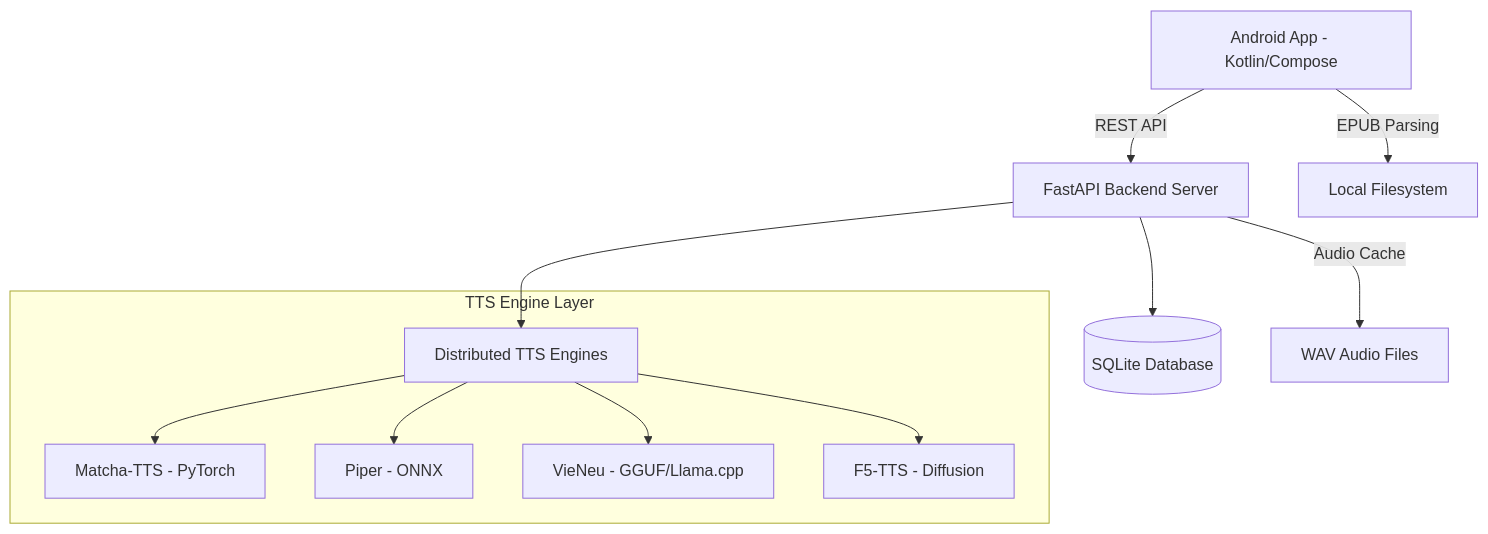
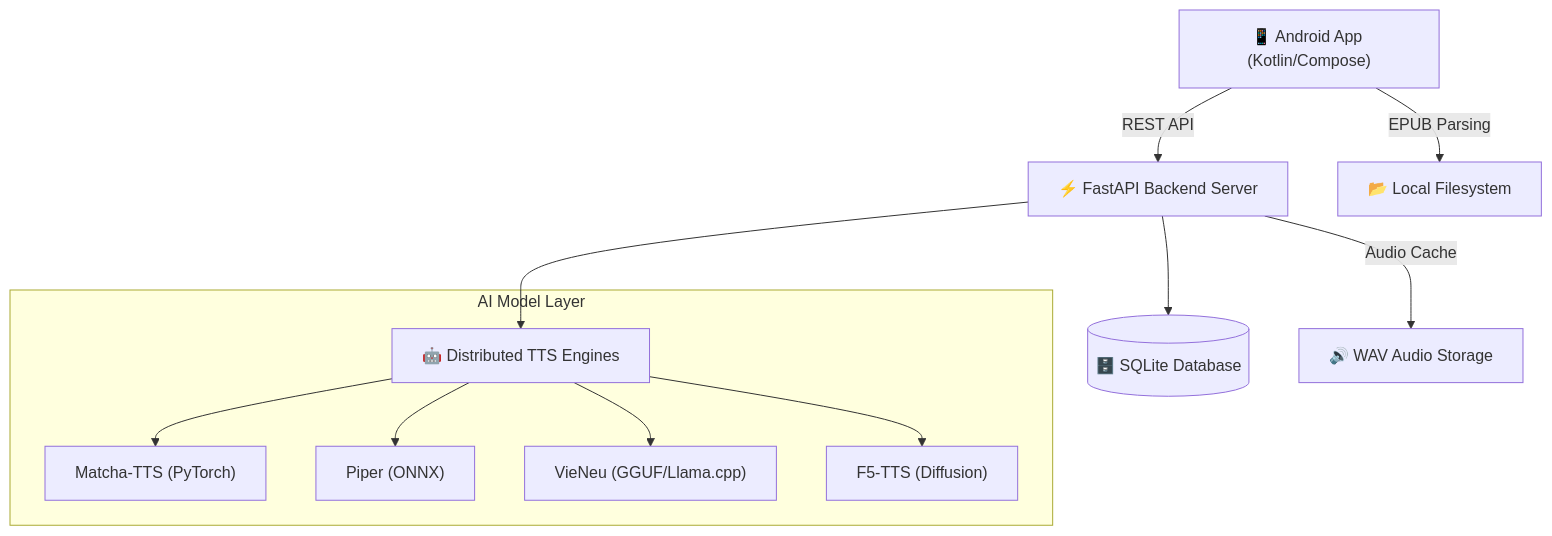
Before and after one commit to congkx123789/app_TTS_android-: the diagram in README.md, drawn with Mermaid. The commit also changed other lines of this file and 7 other files, not shown here.

````diff
--- a/README.md
+++ b/README.md
@@ -33,16 +38,16 @@
 ```mermaid
 graph TD
-    A[Android App - Kotlin/Compose] -->|REST API| B[FastAPI Backend Server]
-    B --> C[(SQLite Database)]
-    B --> D[Distributed TTS Engines]
+    A["📱 Android App (Kotlin/Compose)"] -->|REST API| B["⚡ FastAPI Backend Server"]
+    B --> C[("🗄️ SQLite Database")]
+    B --> D["🤖 Distributed TTS Engines"]
     
-    subgraph "TTS Engine Layer"
-        D --> D1[Matcha-TTS - PyTorch]
-        D --> D2[Piper - ONNX]
-        D --> D3[VieNeu - GGUF/Llama.cpp]
-        D --> D4[F5-TTS - Diffusion]
+    subgraph "AI Model Layer"
+        D --> D1["Matcha-TTS (PyTorch)"]
+        D --> D2["Piper (ONNX)"]
+        D --> D3["VieNeu (GGUF/Llama.cpp)"]
+        D --> D4["F5-TTS (Diffusion)"]
     end
     
-    A -->|EPUB Parsing| E[Local Filesystem]
-    B -->|Audio Cache| F[WAV Audio Files]
+    A -->|EPUB Parsing| E["📂 Local Filesystem"]
+    B -->|Audio Cache| F["🔊 WAV Audio Storage"]
 ```
````
